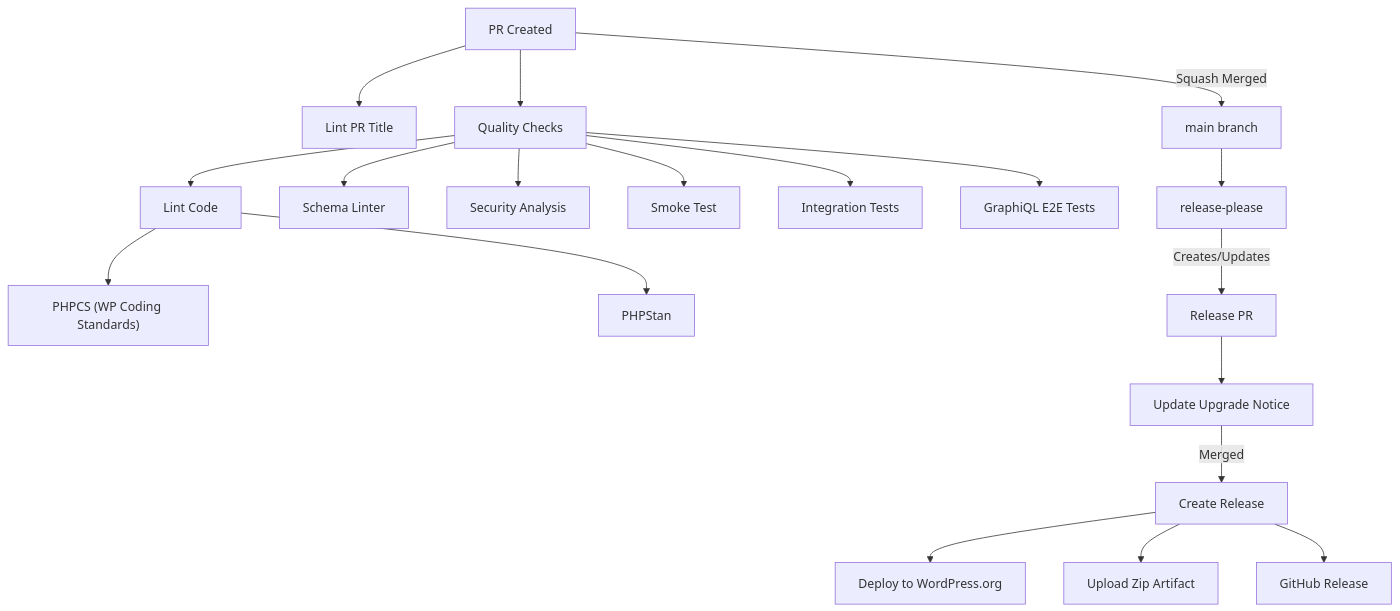
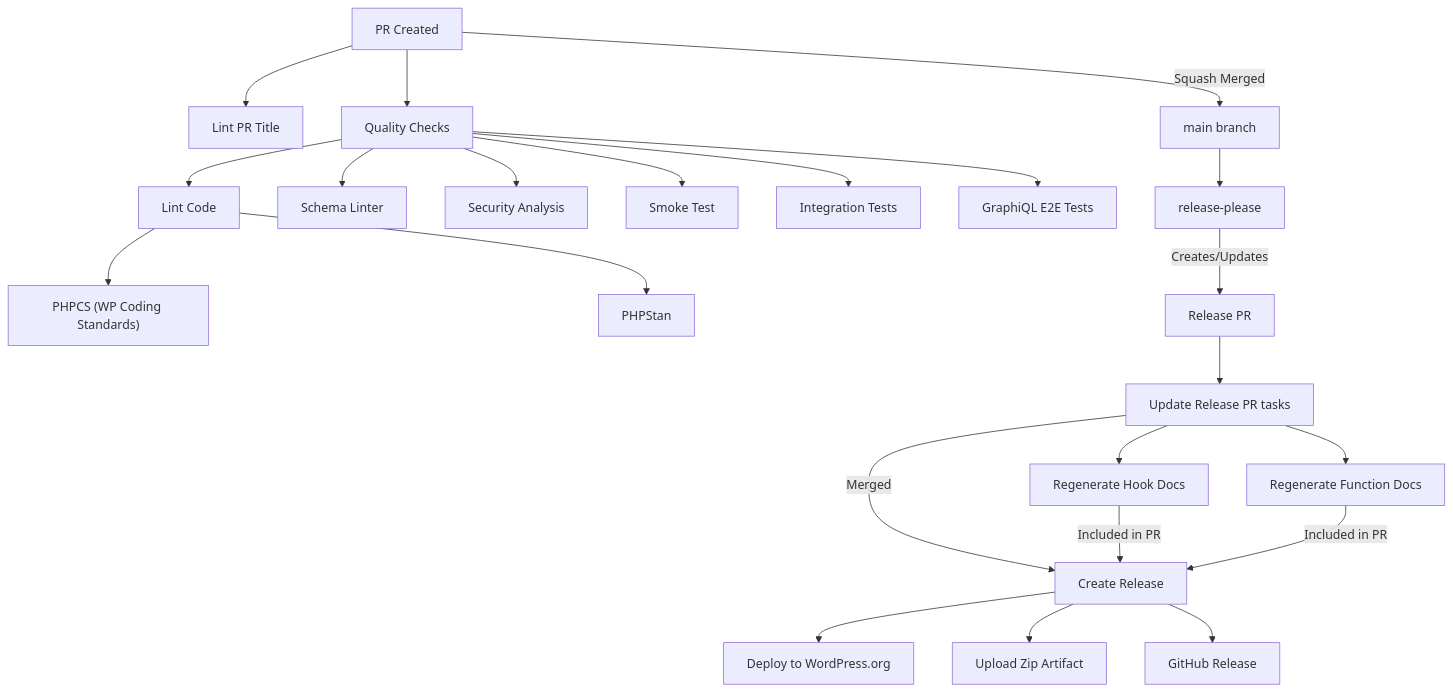
Before and after one commit to wp-graphql/wp-graphql: the diagram in .github/workflows/README.md, drawn with Mermaid. The commit also changed other lines of this file and 431 other files, not shown here.

````diff
--- a/.github/workflows/README.md
+++ b/.github/workflows/README.md
@@ -149,28 +154,32 @@
 ```mermaid
 flowchart TD
     %% PR Process
     PR[PR Created] --> LPR[Lint PR Title]
     PR --> QA[Quality Checks]
 
     %% Quality Checks
     QA --> Lint[Lint Code]
     QA --> SL[Schema Linter]
     QA --> SEC[Security Analysis]
     QA --> SM[Smoke Test]
     QA --> INT[Integration Tests]
     QA --> E2E[GraphiQL E2E Tests]
 
     %% Linting
     Lint --> CS["PHPCS (WP Coding Standards)"]
     Lint --> STAN[PHPStan]
 
     %% Merge and Release
     PR --> |Squash Merged| MAIN[main branch]
     MAIN --> RP[release-please]
     RP --> |Creates/Updates| RPR[Release PR]
-    RPR --> URP[Update Upgrade Notice]
+    RPR --> URP[Update Release PR tasks]
+    URP --> HGD[Regenerate Hook Docs]
+    URP --> FGD[Regenerate Function Docs]
     URP --> |Merged| REL[Create Release]
+    HGD --> |Included in PR| REL
+    FGD --> |Included in PR| REL
     REL --> WO[Deploy to WordPress.org]
     REL --> ZIP[Upload Zip Artifact]
     REL --> GH[GitHub Release]
 ```
````
